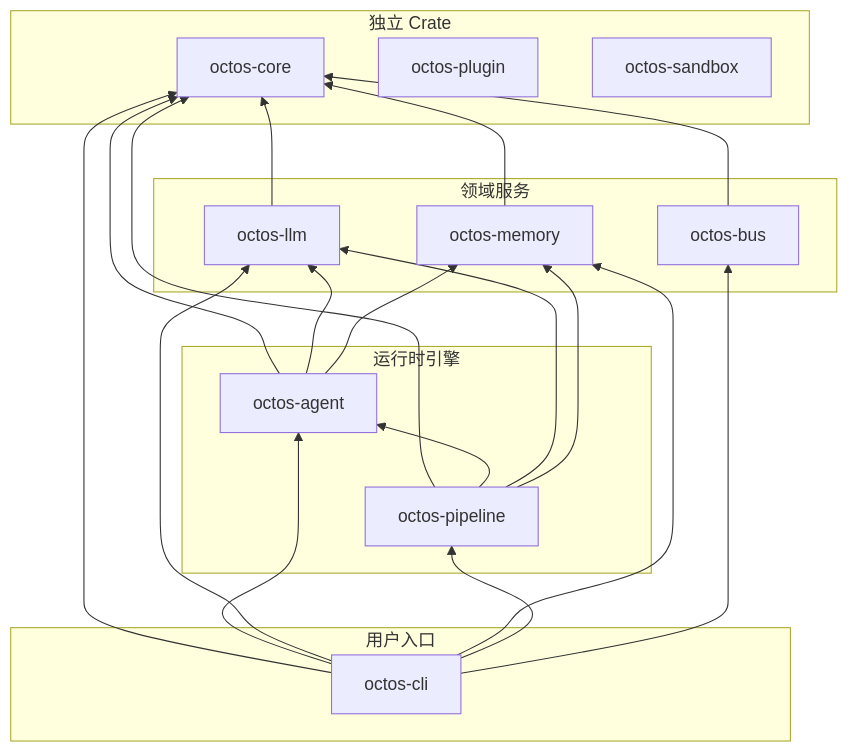
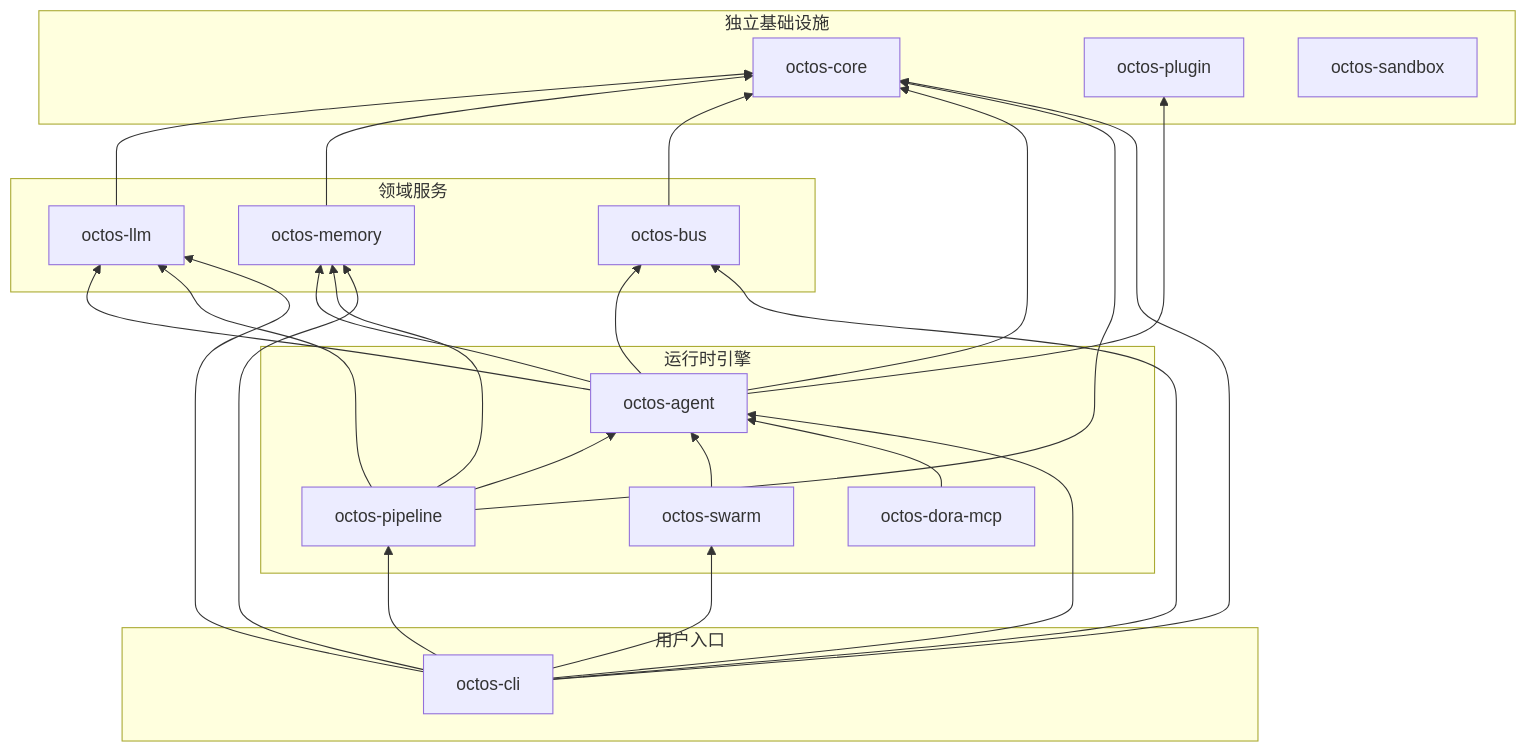
One commit to ZhangHanDong/octos-book changed the diagram in book/src/appendix/a-crate-graph.md. Above: the diagram before and after it, drawn with Mermaid. The commit also changed other lines of this file and 3 other files, not shown here.

Commit message:
Update crate graph appendix

````diff
--- a/book/src/appendix/a-crate-graph.md
+++ b/book/src/appendix/a-crate-graph.md
@@ -5,40 +7,51 @@
 ```mermaid
 graph BT
-    subgraph "独立 Crate"
+    subgraph "独立基础设施"
         core["octos-core"]
         plugin["octos-plugin"]
         sandbox["octos-sandbox"]
     end
 
     subgraph "领域服务"
         llm["octos-llm"]
         memory["octos-memory"]
         bus["octos-bus"]
     end
 
     subgraph "运行时引擎"
         agent["octos-agent"]
         pipeline["octos-pipeline"]
+        swarm["octos-swarm"]
+        dora["octos-dora-mcp"]
     end
 
     subgraph "用户入口"
         cli["octos-cli"]
     end
 
     llm --> core
     memory --> core
     bus --> core
+
     agent --> core
+    agent --> bus
+    agent --> memory
     agent --> llm
-    agent --> memory
+    agent --> plugin
+
     pipeline --> core
     pipeline --> agent
     pipeline --> llm
     pipeline --> memory
+
+    swarm --> agent
+    dora --> agent
+
     cli --> core
     cli --> agent
+    cli --> memory
     cli --> llm
-    cli --> memory
+    cli --> bus
     cli --> pipeline
-    cli --> bus
+    cli --> swarm
 ```
````
